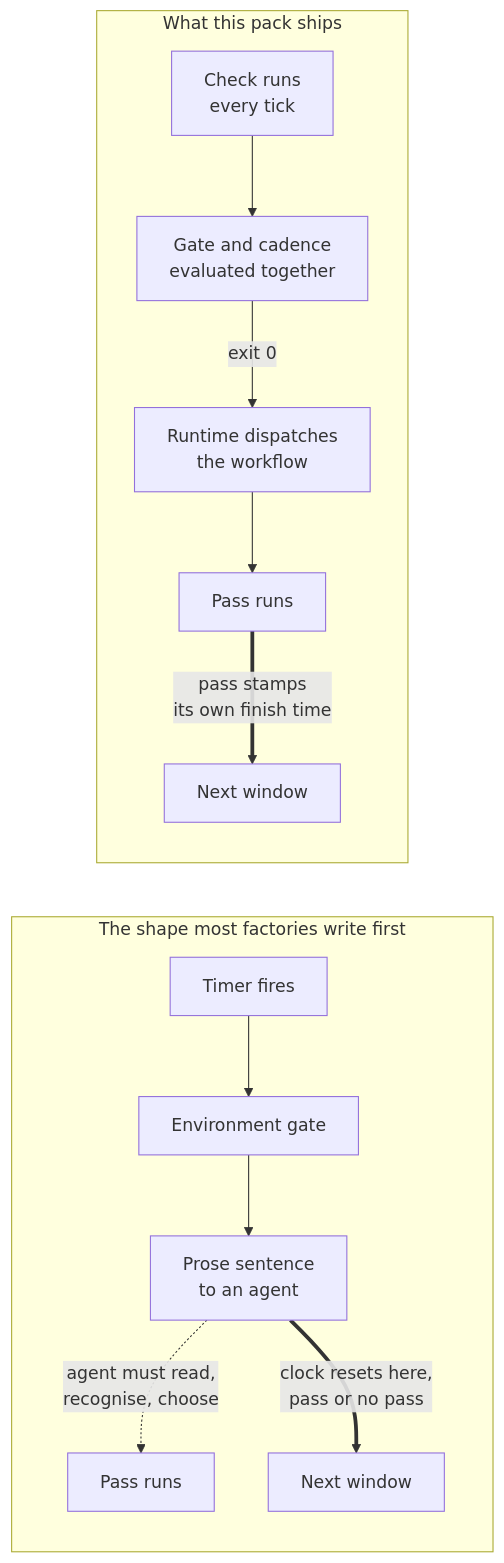
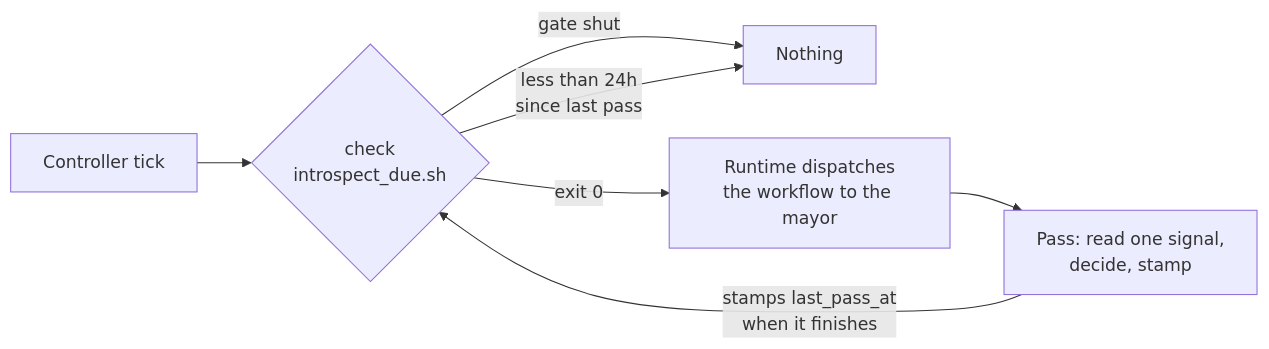
The diagram in artifacts/packs/self-improvement/README.md (actual-software/sf-tutorial), drawn with Mermaid before and after one commit. The commit also changed other lines of this file and 15 other files, not shown here.

````diff
--- a/artifacts/packs/self-improvement/README.md
+++ b/artifacts/packs/self-improvement/README.md
@@ -24,15 +18,9 @@
 ```mermaid
 flowchart LR
-    subgraph nudge["The shape most factories write first"]
-        T1["Timer fires"] --> G1["Environment gate"]
-        G1 --> N1["Prose sentence<br/>to an agent"]
-        N1 -.->|"agent must read,<br/>recognise, choose"| P1["Pass runs"]
-        N1 ==>|"clock resets here,<br/>pass or no pass"| C1["Next window"]
-    end
-    subgraph here["What this pack ships"]
-        T2["Check runs<br/>every tick"] --> G2["Gate and cadence<br/>evaluated together"]
-        G2 -->|"exit 0"| D2["Runtime dispatches<br/>the workflow"]
-        D2 --> P2["Pass runs"]
-        P2 ==>|"pass stamps<br/>its own finish time"| C2["Next window"]
-    end
+    T["Controller tick"] --> C{"check<br/>introspect_due.sh"}
+    C -->|"gate shut"| X["Nothing"]
+    C -->|"less than 24h<br/>since last pass"| X
+    C -->|"exit 0"| D["Runtime dispatches<br/>the workflow to the mayor"]
+    D --> P["Pass: read one signal,<br/>decide, stamp"]
+    P -->|"stamps last_pass_at<br/>when it finishes"| C
 ```
````
